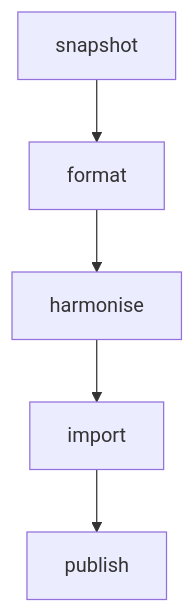
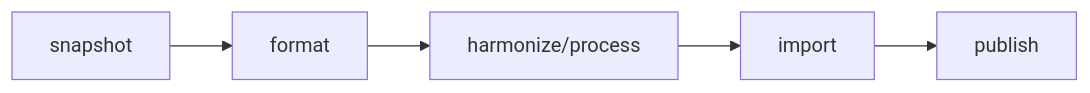
One commit to owid/etl changed the first of 4 diagrams in docs/architecture/workflow/index.md. Above: the diagram before and after it, drawn with Mermaid. The commit also changed other lines of this file and 3 other files, not shown here.

````diff
--- a/docs/architecture/workflow/index.md
+++ b/docs/architecture/workflow/index.md
@@ -7,5 +7,5 @@
 ```mermaid
-graph TB
+graph LR
 
-snapshot --> format --> harmonise --> import --> publish
+snapshot --> format --> harmonize/process --> import --> publish
 ```
````
